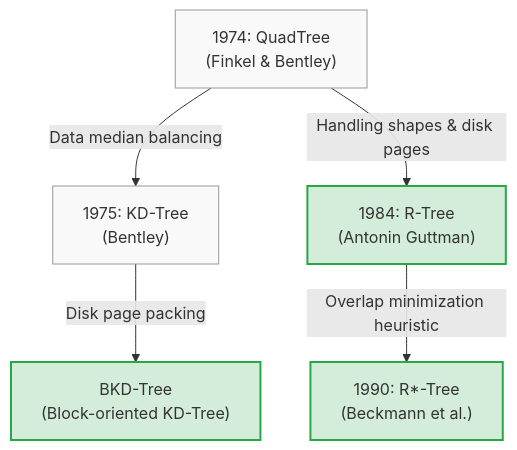
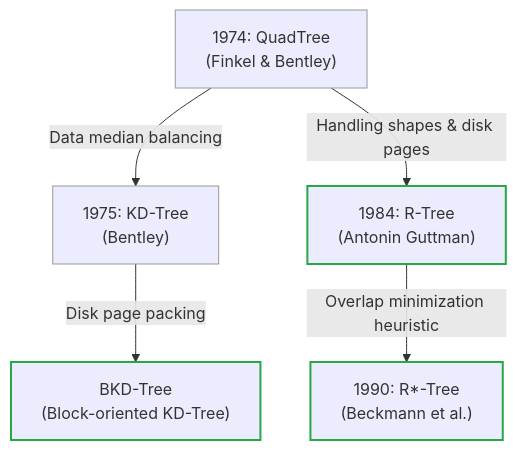
One commit to abhinnaagrawal/system-design-notes changed the second of 10 diagrams in Core Concepts/Geospatial Indexes/README.md. Above: the diagram before and after it, drawn with Mermaid. The commit also changed other lines of this file and 62 other files, not shown here.

````diff
--- a/Core Concepts/Geospatial Indexes/README.md
+++ b/Core Concepts/Geospatial Indexes/README.md
@@ -72,12 +72,12 @@
 ```mermaid
 graph TD
     A["1974: QuadTree<br/>(Finkel & Bentley)"] -->|Data median balancing| B["1975: KD-Tree<br/>(Bentley)"]
     B -->|Disk page packing| C["BKD-Tree<br/>(Block-oriented KD-Tree)"]
     A -->|Handling shapes & disk pages| D["1984: R-Tree<br/>(Antonin Guttman)"]
     D -->|Overlap minimization heuristic| E["1990: R*-Tree<br/>(Beckmann et al.)"]
 
-    classDef legacy fill:#f9f9f9,stroke:#999,stroke-width:1px;
-    classDef prod fill:#d4edda,stroke:#28a745,stroke-width:2px;
+    classDef legacy stroke:#999,stroke-width:1px;
+    classDef prod stroke:#28a745,stroke-width:2px;
     class A,B legacy;
     class C,D,E prod;
 ```
````
